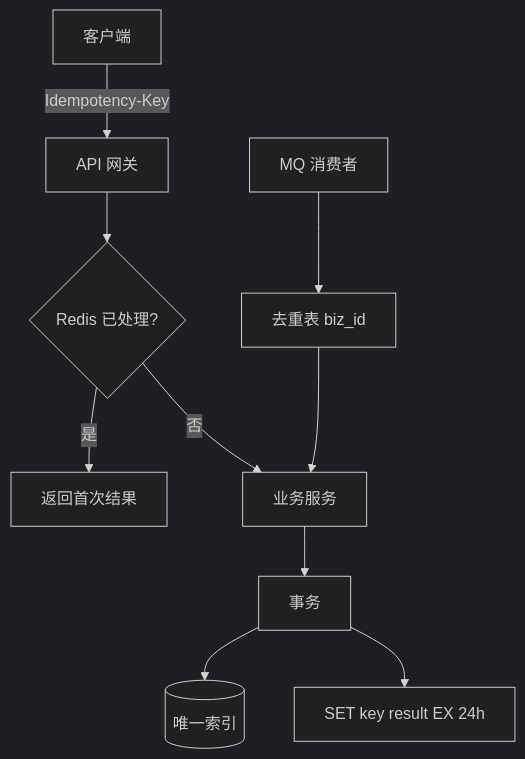
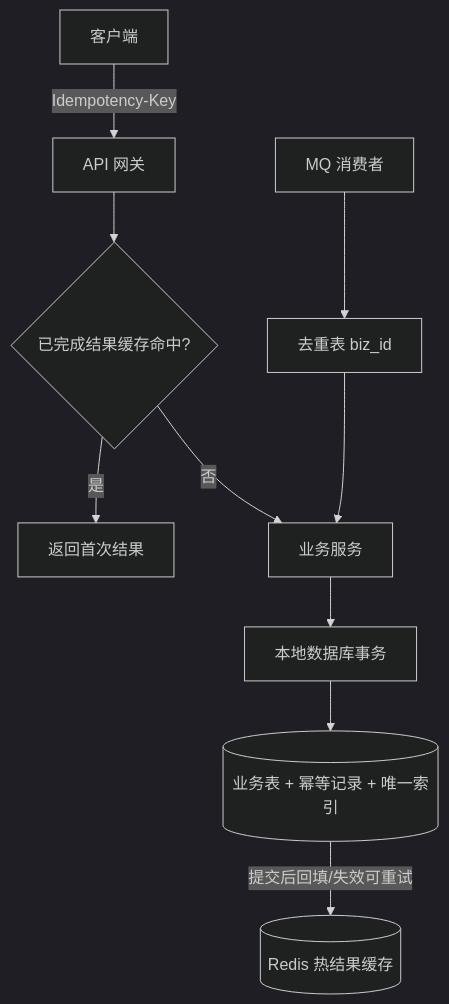
The diagram in docs/interview/03-system-design/S-ARCH-04-idempotency.md (twodog-tt/Golang-development-manual), drawn with Mermaid (dark theme) before and after one commit. The commit also changed other lines of this file and 5 other files, not shown here.

````diff
--- a/docs/interview/03-system-design/S-ARCH-04-idempotency.md
+++ b/docs/interview/03-system-design/S-ARCH-04-idempotency.md
@@ -29,12 +29,12 @@
 ```mermaid
 flowchart TB
   Client[客户端] -->|Idempotency-Key| API[API 网关]
-  API --> Check{Redis 已处理?}
+  API --> Check{已完成结果缓存命中?}
   Check -->|是| Return[返回首次结果]
   Check -->|否| Svc[业务服务]
-  Svc --> TX[事务]
-  TX --> DB[(唯一索引)]
-  TX --> Redis2[SET key result EX 24h]
+  Svc --> TX[本地数据库事务]
+  TX --> DB[(业务表 + 幂等记录 + 唯一索引)]
+  DB -->|提交后回填/失效可重试| Cache[(Redis 热结果缓存)]
   MQ[MQ 消费者] --> Dedup[去重表 biz_id]
   Dedup --> Svc
 ```
````
